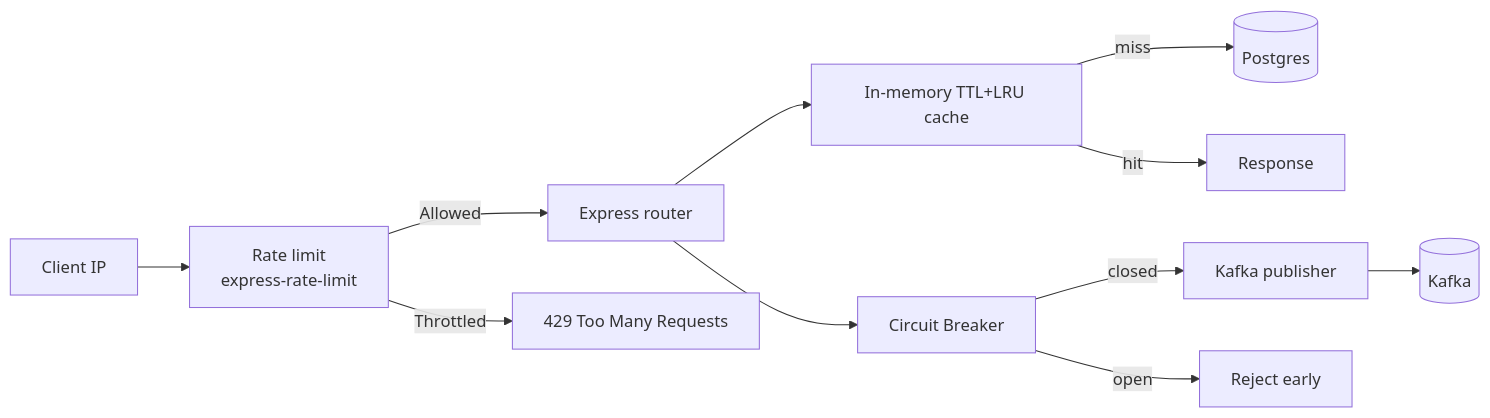
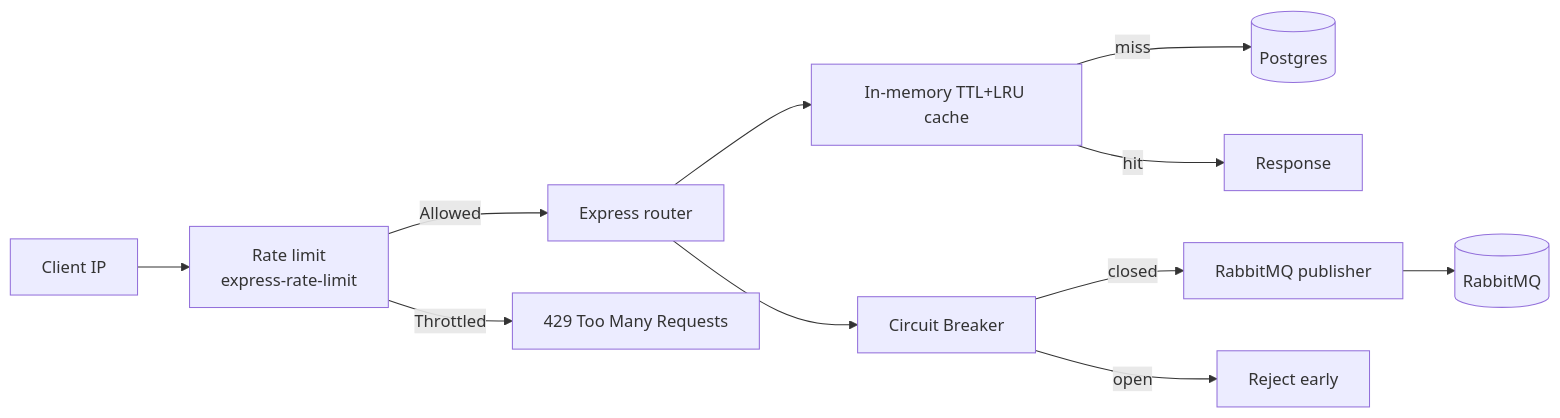
One commit to KevinAntonioWiyonoLauw/articleswap-scalable changed the fourth of 6 diagrams in README.md. Above: the diagram before and after it, drawn with Mermaid. The commit also changed other lines of this file and 63 other files, not shown here.

````diff
--- a/README.md
+++ b/README.md
@@ -105,13 +105,13 @@
 ```mermaid
 flowchart LR
     Client[Client IP] --> RL[Rate limit<br/>express-rate-limit]
     RL -->|Allowed| Express[Express router]
     RL -->|Throttled| E429[429 Too Many Requests]
     Express --> Cache[In-memory TTL+LRU cache]
     Cache -->|miss| DB[(Postgres)]
     Cache -->|hit| Resp[Response]
     Express --> CB[Circuit Breaker]
-    CB -->|closed| KP[Kafka publisher]
+    CB -->|closed| RP[RabbitMQ publisher]
     CB -->|open| Fail[Reject early]
-    KP --> T0[(Kafka)]
+    RP --> T0[(RabbitMQ)]
 ```
````
